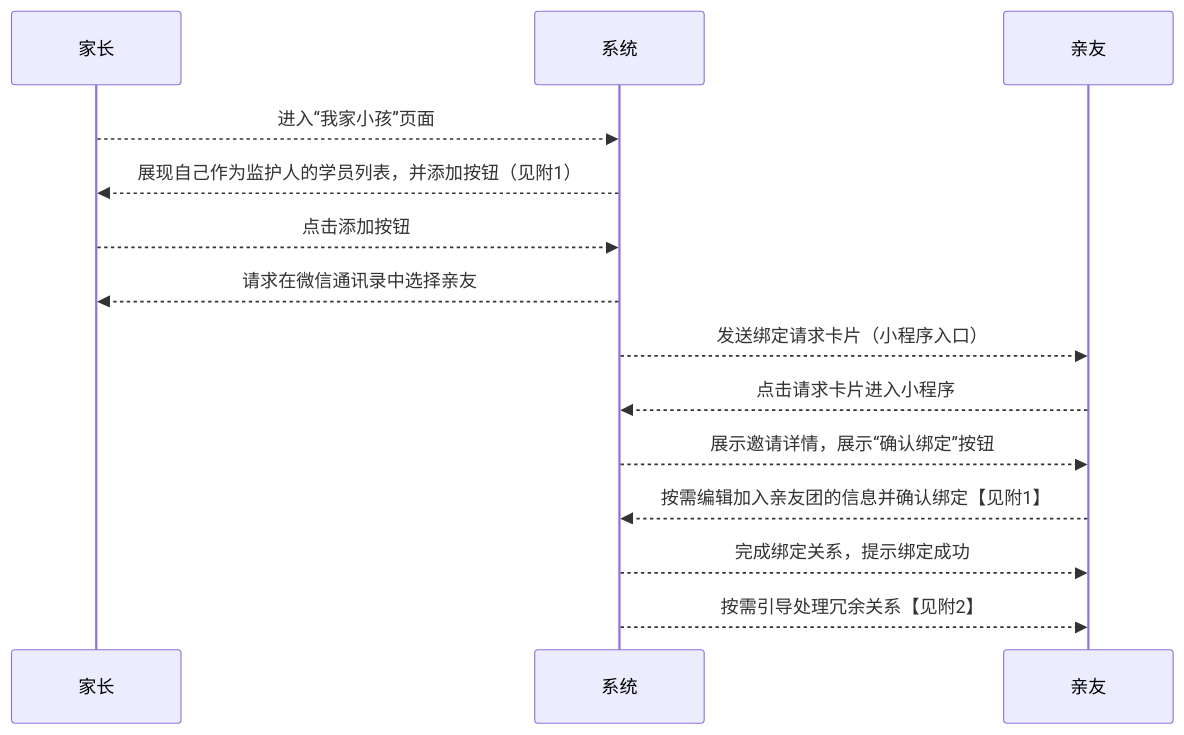
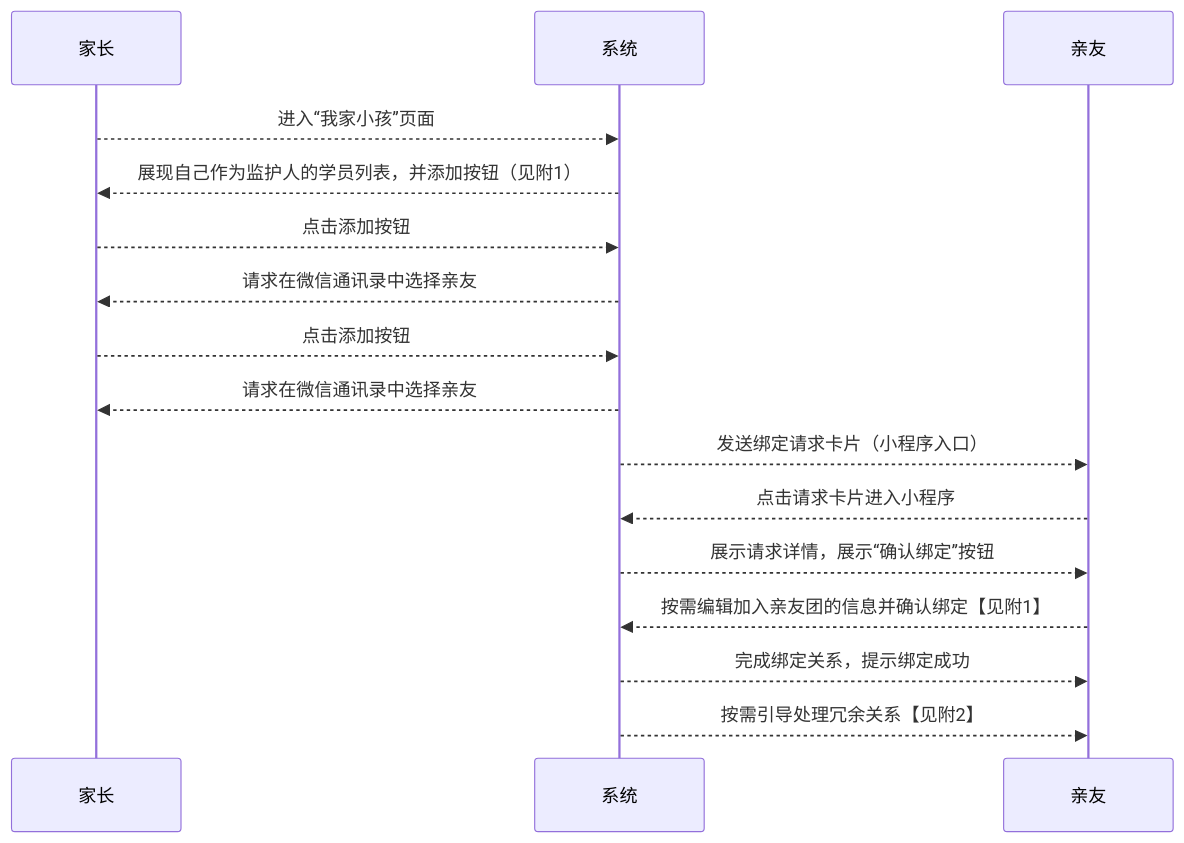
Before and after one commit to world-wide-web/sign: the second of 2 diagrams in 用例/家长-学员关系绑定.md, drawn with Mermaid. The commit also changed other lines of this file, not shown here.

Commit message:
用例/家长-学员关系绑定.md updated from https://stackedit.io/

````diff
--- a/用例/家长-学员关系绑定.md
+++ b/用例/家长-学员关系绑定.md
@@ -41,24 +41,28 @@
 ```mermaid
 sequenceDiagram
 
 家长-->>系统: 进入“我家小孩”页面
 
 系统-->>家长: 展现自己作为监护人的学员列表，并添加按钮（见附1）
 
 家长-->>系统: 点击添加按钮
 
 系统-->>家长: 请求在微信通讯录中选择亲友
 
+家长-->>系统: 点击添加按钮
+
+系统-->>家长: 请求在微信通讯录中选择亲友
+
 系统-->>亲友: 发送绑定请求卡片（小程序入口）
 
 亲友-->>系统: 点击请求卡片进入小程序
 
-系统-->>亲友: 展示邀请详情，展示“确认绑定”按钮
+系统-->>亲友: 展示请求详情，展示“确认绑定”按钮
 
 亲友-->>系统: 按需编辑加入亲友团的信息并确认绑定【见附1】
 
 系统-->>亲友: 完成绑定关系，提示绑定成功
 
 系统-->>亲友: 按需引导处理冗余关系【见附2】
 
 ```
````
